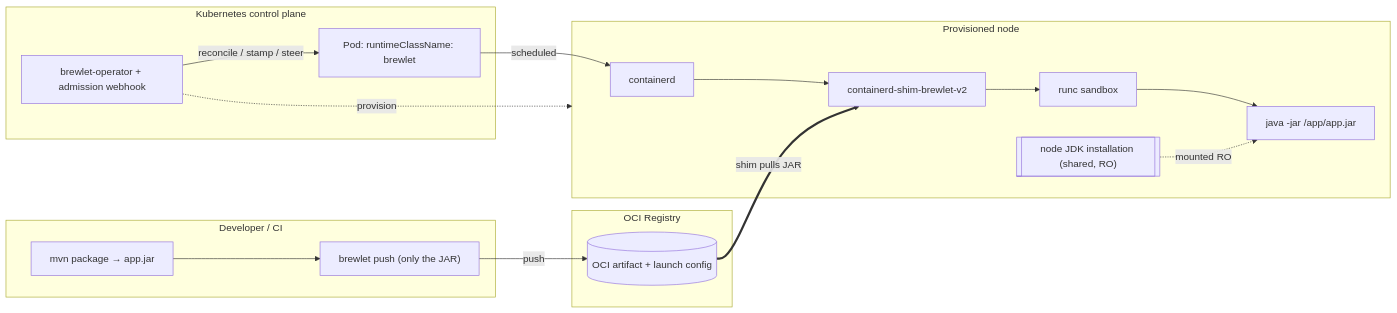
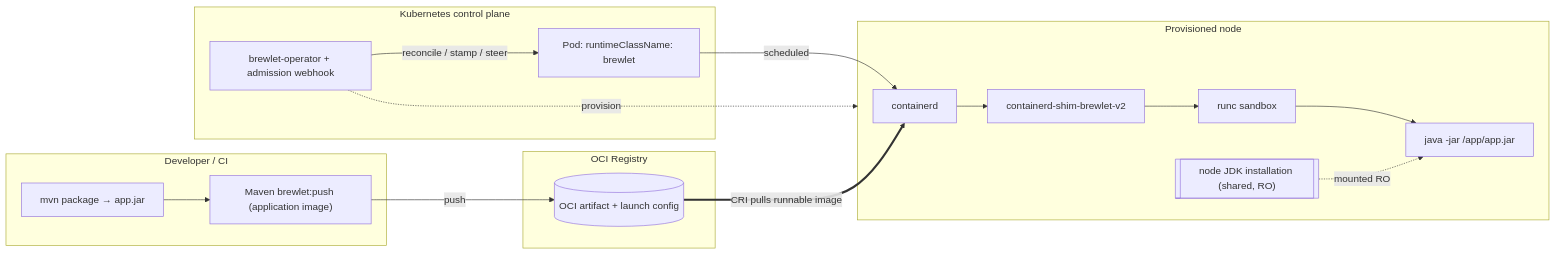
The diagram in docs/README.md (microsoft/brewlet), drawn with Mermaid before and after one commit. The commit also changed 24 other files, not shown here.

````diff
--- a/docs/README.md
+++ b/docs/README.md
@@ -111,22 +111,22 @@
 ```mermaid
 flowchart LR
     subgraph dev["Developer / CI"]
-        A["mvn package → app.jar"] --> B["brewlet push (only the JAR)"]
+        A["mvn package → app.jar"] --> B["Maven brewlet:push (application image)"]
     end
     subgraph reg["OCI Registry"]
         R[("OCI artifact + launch config")]
     end
     subgraph cp["Kubernetes control plane"]
         OP["brewlet-operator + admission webhook"]
         POD["Pod: runtimeClassName: brewlet"]
         OP -->|reconcile / stamp / steer| POD
     end
     subgraph node["Provisioned node"]
         CD["containerd"] --> SHIM["containerd-shim-brewlet-v2"] --> RUNC["runc sandbox"] --> JVM["java -jar /app/app.jar"]
         JDK[["node JDK installation (shared, RO)"]] -.->|mounted RO| JVM
     end
     B -->|push| R
     OP -.->|provision| node
     POD -->|scheduled| CD
-    R ==>|shim pulls JAR| SHIM
+    R ==>|CRI pulls runnable image| CD
 ```
````
